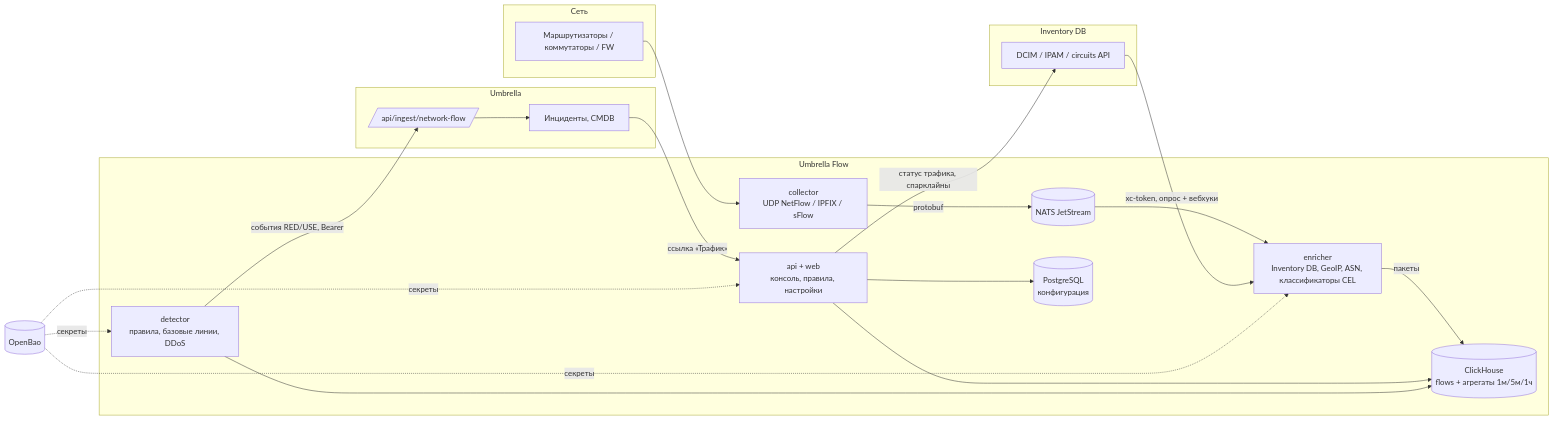
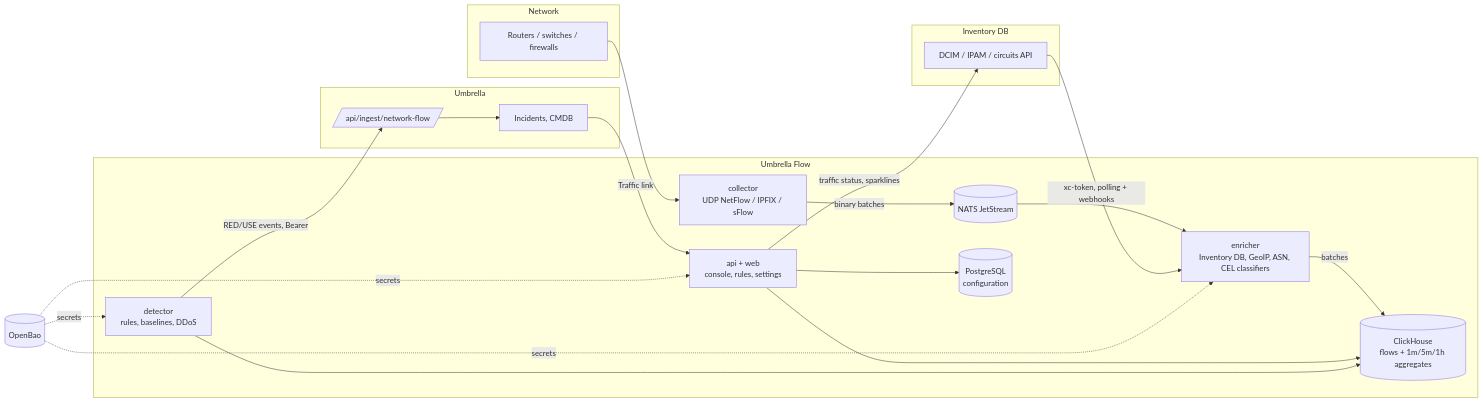
Before and after one commit to sbrw-evc/Current: the diagram in docs/plan.md, drawn with Mermaid. The commit also changed other lines of this file and 2 other files, not shown here.

First line of the commit message:
Translate the plan, API contract and README to English

````diff
--- a/docs/plan.md
+++ b/docs/plan.md
@@ -81,27 +95,27 @@
 ```mermaid
 flowchart LR
-  subgraph NET[Сеть]
-    R[Маршрутизаторы / коммутаторы / FW]
+  subgraph NET[Network]
+    R[Routers / switches / firewalls]
   end
   subgraph FLOW[Umbrella Flow]
-    IN[collector<br/>UDP NetFlow / IPFIX / sFlow] -->|protobuf| BUS[(NATS JetStream)]
-    BUS --> EN[enricher<br/>Inventory DB, GeoIP, ASN, классификаторы CEL]
-    EN -->|пакеты| CH[(ClickHouse<br/>flows + агрегаты 1м/5м/1ч)]
-    API[api + web<br/>консоль, правила, настройки] --> CH
-    API --> PG[(PostgreSQL<br/>конфигурация)]
-    DET[detector<br/>правила, базовые линии, DDoS] --> CH
+    IN[collector<br/>UDP NetFlow / IPFIX / sFlow] -->|binary batches| BUS[(NATS JetStream)]
+    BUS --> EN[enricher<br/>Inventory DB, GeoIP, ASN, CEL classifiers]
+    EN -->|batches| CH[(ClickHouse<br/>flows + 1m/5m/1h aggregates)]
+    API[api + web<br/>console, rules, settings] --> CH
+    API --> PG[(PostgreSQL<br/>configuration)]
+    DET[detector<br/>rules, baselines, DDoS] --> CH
   end
   subgraph INV[Inventory DB]
     DCIM[DCIM / IPAM / circuits API]
   end
   subgraph UMB[Umbrella]
     ING[/api/ingest/network-flow/]
-    INC[Инциденты, CMDB]
+    INC[Incidents, CMDB]
   end
   R --> IN
-  DCIM -- "xc-token, опрос + вебхуки" --> EN
-  DET -- "события RED/USE, Bearer" --> ING --> INC
-  INC -- "ссылка «Трафик»" --> API
-  API -- "статус трафика, спарклайны" --> DCIM
-  OB[(OpenBao)] -.секреты.-> API & EN & DET
+  DCIM -- "xc-token, polling + webhooks" --> EN
+  DET -- "RED/USE events, Bearer" --> ING --> INC
+  INC -- "Traffic link" --> API
+  API -- "traffic status, sparklines" --> DCIM
+  OB[(OpenBao)] -.secrets.-> API & EN & DET
 ```
````
